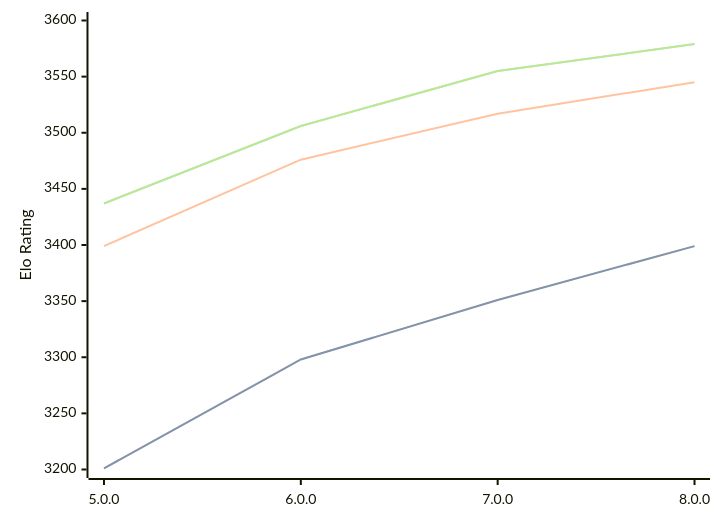
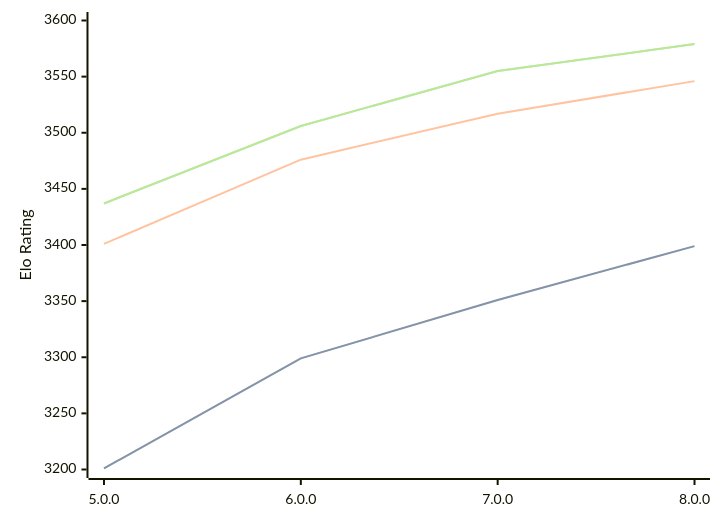
The diagram in engines/Stormphrax.md (computer-chess-index/cci), drawn with Mermaid before and after one commit. The commit also changed other lines of this file, not shown here.

````diff
--- a/engines/Stormphrax.md
+++ b/engines/Stormphrax.md
@@ -34,11 +34,11 @@
 ```mermaid
 %%{init: {"theme":"base","themeVariables":{"seriesColors:['#a3a3a3','#222221','#faa371']}}}%%
 xychart-beta
   x-axis ["5.0.0", "6.0.0", "7.0.0", "8.0.0"]
   y-axis "Elo Rating" 3200 --> 3600
-  line "" [3201, 3298, 3351, 3399]
-  line "STC (8.0+0.08s)" [3201, 3298, 3351, 3399]
-  line "LTC (60.0+0.60s)" [3399, 3476, 3517, 3545]
+  line "" [3201, 3299, 3351, 3399]
+  line "STC (8.0+0.08s)" [3201, 3299, 3351, 3399]
+  line "LTC (60.0+0.60s)" [3401, 3476, 3517, 3546]
   line "" [3437, 3506, 3555, 3579]
   line "VLTC (2m24s+1.12s)" [3437, 3506, 3555, 3579]
 ```
````
